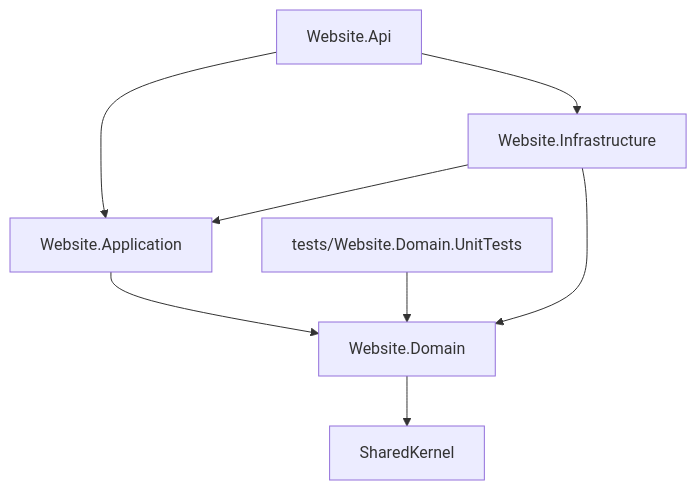
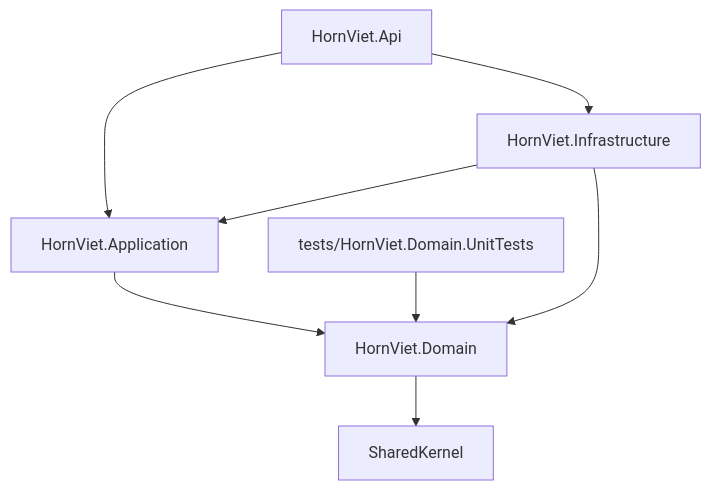
The second of 3 diagrams in docs/he-thong/00-tong-quan.md (Tngoc2902/HornViet), drawn with Mermaid before and after one commit. The commit also changed other lines of this file and 170 other files, not shown here.

First line of the commit message:
Đổi tên backend Website.* thành HornViet.*

````diff
--- a/docs/he-thong/00-tong-quan.md
+++ b/docs/he-thong/00-tong-quan.md
@@ -78,10 +78,10 @@
 ```mermaid
 flowchart TD
-    API["Website.Api"] --> APP["Website.Application"]
-    API --> INF["Website.Infrastructure"]
+    API["HornViet.Api"] --> APP["HornViet.Application"]
+    API --> INF["HornViet.Infrastructure"]
     INF --> APP
-    INF --> DOM["Website.Domain"]
+    INF --> DOM["HornViet.Domain"]
     APP --> DOM
     DOM --> SK["SharedKernel"]
-    TEST["tests/Website.Domain.UnitTests"] --> DOM
+    TEST["tests/HornViet.Domain.UnitTests"] --> DOM
 ```
````
